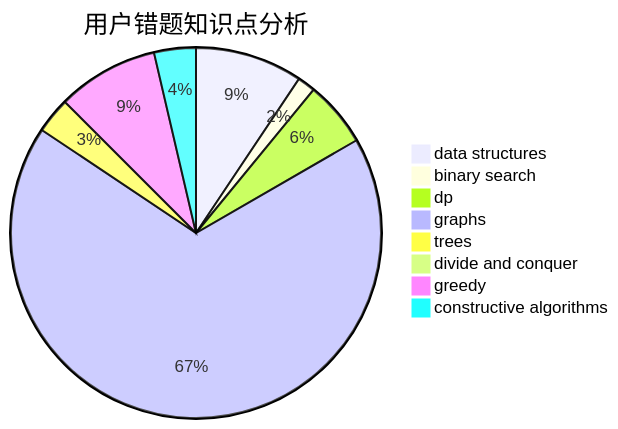
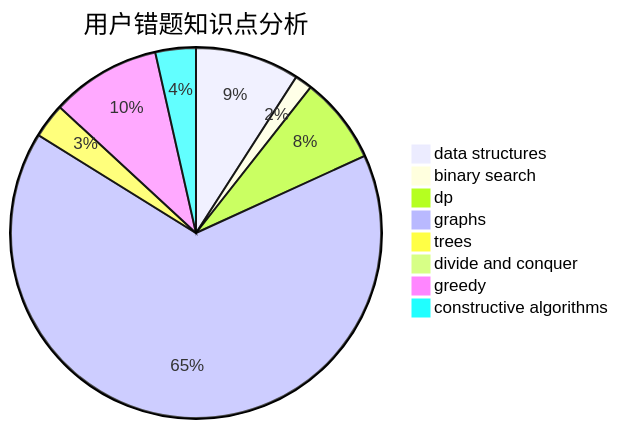
One commit to sherpahu/cfrs.github.io changed the third of 3 diagrams in docs/user/u2539.md. Above: the diagram before and after it, drawn with Mermaid. The commit also changed other lines of this file and 2770 other files, not shown here.

````diff
--- a/docs/user/u2539.md
+++ b/docs/user/u2539.md
@@ -36,11 +36,11 @@
 ```mermaid
 pie title 用户错题知识点分析
     "data structures" :  18
     "binary search" :  3
-    "dp" :  11
+    "dp" :  15
     "graphs" :  130
     "trees" :  6
     "divide and conquer" :  1
-    "greedy" :  17
+    "greedy" :  19
     "constructive algorithms" :  7
 ```
````
